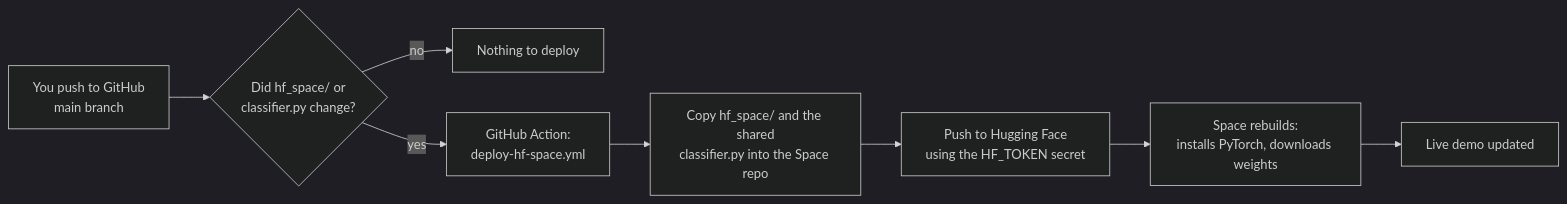
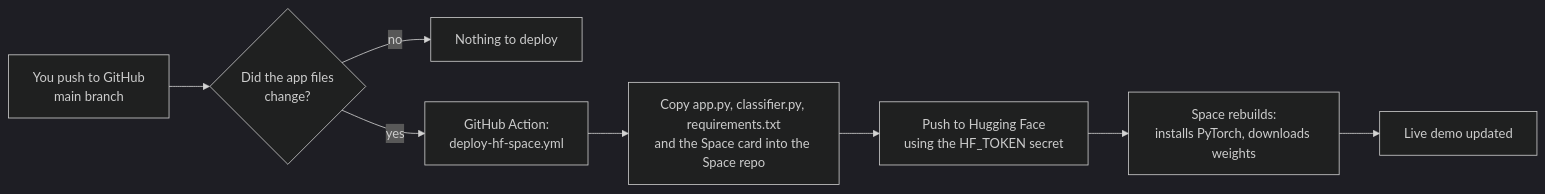
Before and after one commit to laavanjan/imagenet-model-explorer: the second of 2 diagrams in README.md, drawn with Mermaid (dark theme). The commit also changed other lines of this file, not shown here.

````diff
--- a/README.md
+++ b/README.md
@@ -155,10 +89,10 @@
 ```mermaid
 flowchart LR
-    A["You push to GitHub<br/>main branch"] --> B{"Did hf_space/ or<br/>classifier.py change?"}
+    A["You push to GitHub<br/>main branch"] --> B{"Did the app files<br/>change?"}
     B -- no --> C["Nothing to deploy"]
     B -- yes --> D["GitHub Action:<br/>deploy-hf-space.yml"]
-    D --> E["Copy hf_space/ and the shared<br/>classifier.py into the Space repo"]
+    D --> E["Copy app.py, classifier.py, requirements.txt<br/>and the Space card into the Space repo"]
     E --> F["Push to Hugging Face<br/>using the HF_TOKEN secret"]
     F --> G["Space rebuilds:<br/>installs PyTorch, downloads weights"]
     G --> H["Live demo updated"]
 ```
````
